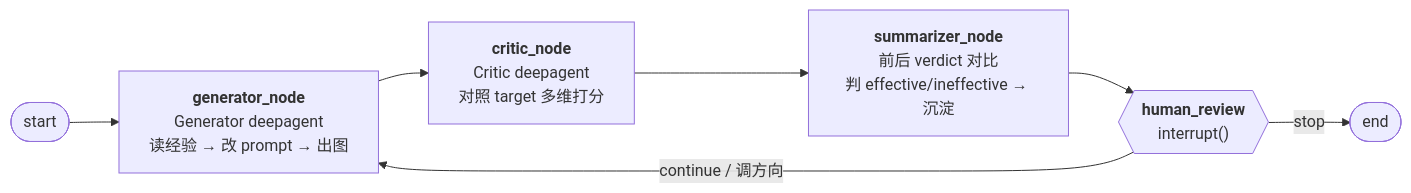
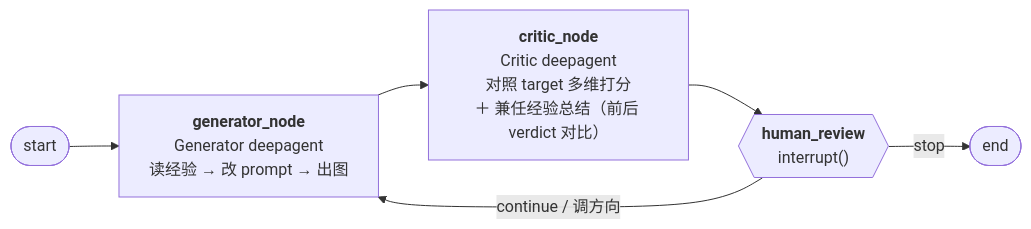
One commit to zenthos-z/img-iter-agent changed the second of 6 diagrams in README.md. Above: the diagram before and after it, drawn with Mermaid. The commit also changed other lines of this file, not shown here.

````diff
--- a/README.md
+++ b/README.md
@@ -44,10 +44,9 @@
 ```mermaid
 flowchart LR
   START([start]) --> generator
   generator["<b>generator_node</b><br/>Generator deepagent<br/>读经验 → 改 prompt → 出图"]
-  generator --> critic["<b>critic_node</b><br/>Critic deepagent<br/>对照 target 多维打分"]
-  critic --> summarizer["<b>summarizer_node</b><br/>前后 verdict 对比<br/>判 effective/ineffective → 沉淀"]
-  summarizer --> review{{"<b>human_review</b><br/>interrupt()"}}
+  generator --> critic["<b>critic_node</b><br/>Critic deepagent<br/>对照 target 多维打分<br/>＋ 兼任经验总结（前后 verdict 对比）"]
+  critic --> review{{"<b>human_review</b><br/>interrupt()"}}
   review -- "continue / 调方向" --> generator
   review -- stop --> END([end])
 ```
````
